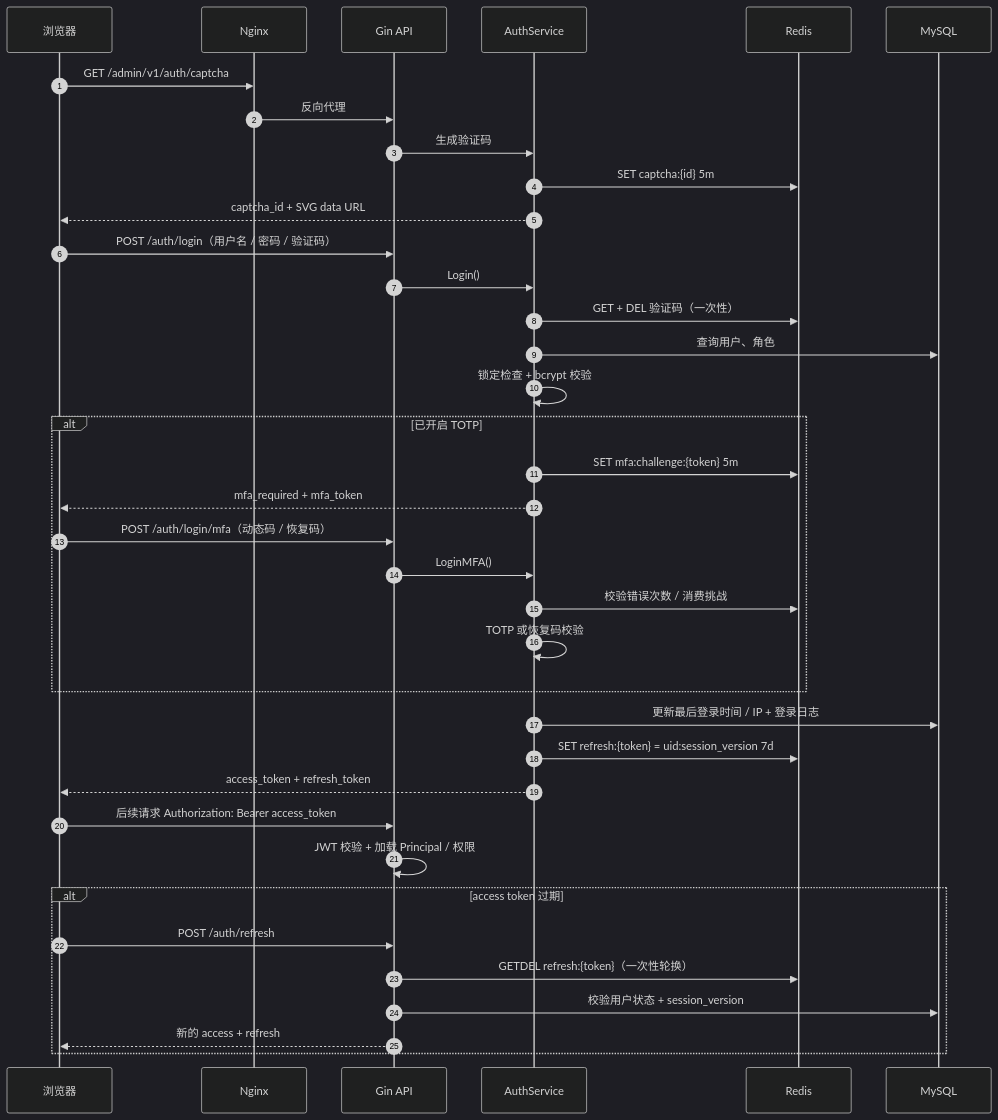
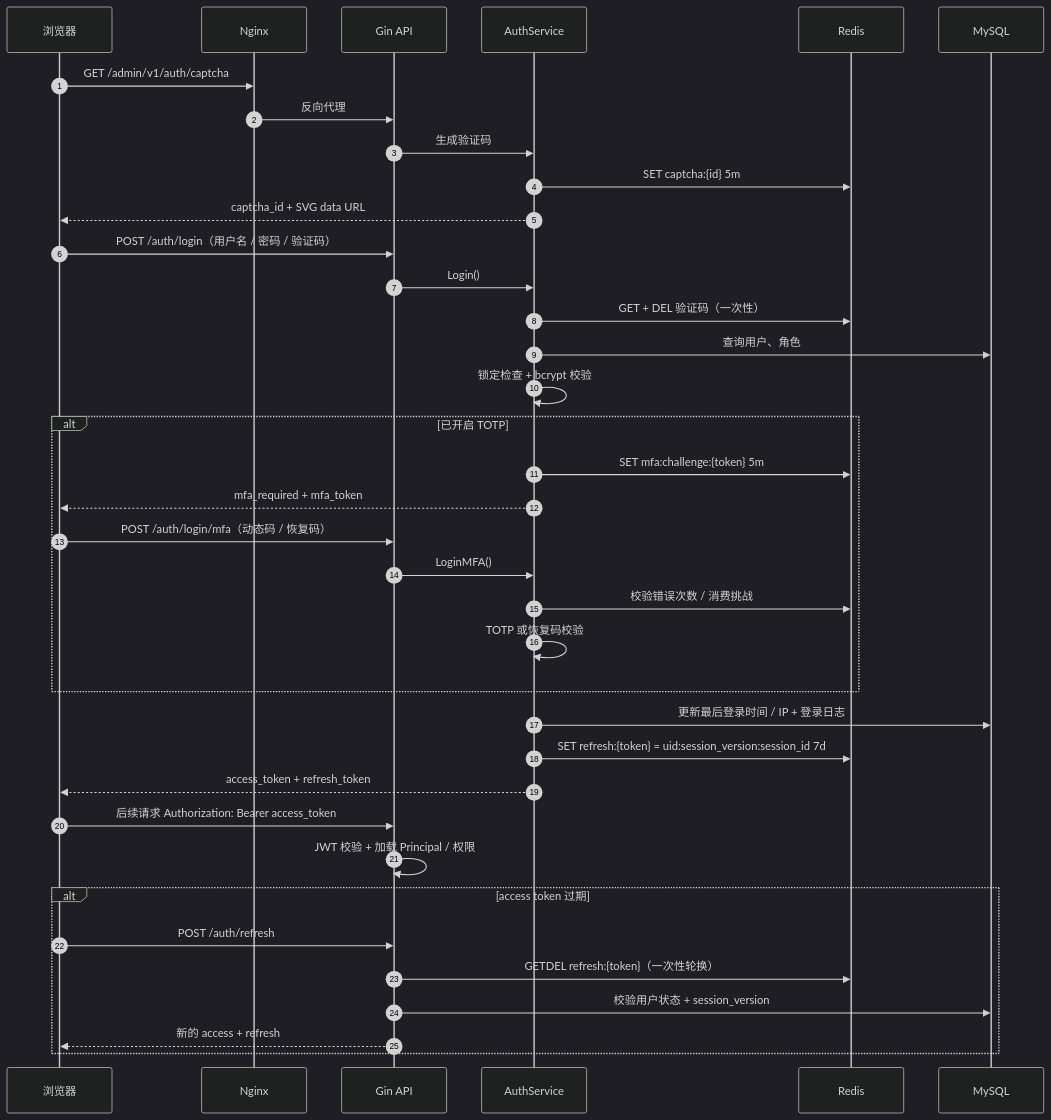
The fourth of 6 diagrams in README.md (xgd16/x-admin), drawn with Mermaid (dark theme) before and after one commit. The commit also changed other lines of this file and 121 other files, not shown here.

````diff
--- a/README.md
+++ b/README.md
@@ -211,45 +211,45 @@
 ```mermaid
 sequenceDiagram
   autonumber
   participant B as 浏览器
   participant N as Nginx
   participant A as Gin API
   participant S as AuthService
   participant R as Redis
   participant D as MySQL
 
   B->>N: GET /admin/v1/auth/captcha
   N->>A: 反向代理
   A->>S: 生成验证码
   S->>R: SET captcha:{id} 5m
   S-->>B: captcha_id + SVG data URL
 
   B->>A: POST /auth/login（用户名 / 密码 / 验证码）
   A->>S: Login()
   S->>R: GET + DEL 验证码（一次性）
   S->>D: 查询用户、角色
   S->>S: 锁定检查 + bcrypt 校验
 
   alt 已开启 TOTP
     S->>R: SET mfa:challenge:{token} 5m
     S-->>B: mfa_required + mfa_token
     B->>A: POST /auth/login/mfa（动态码 / 恢复码）
     A->>S: LoginMFA()
     S->>R: 校验错误次数 / 消费挑战
     S->>S: TOTP 或恢复码校验
   end
 
   S->>D: 更新最后登录时间 / IP + 登录日志
-  S->>R: SET refresh:{token} = uid:session_version 7d
+  S->>R: SET refresh:{token} = uid:session_version:session_id 7d
   S-->>B: access_token + refresh_token
 
   B->>A: 后续请求 Authorization: Bearer access_token
   A->>A: JWT 校验 + 加载 Principal / 权限
 
   alt access token 过期
     B->>A: POST /auth/refresh
     A->>R: GETDEL refresh:{token}（一次性轮换）
     A->>D: 校验用户状态 + session_version
     A-->>B: 新的 access + refresh
   end
 ```
````
